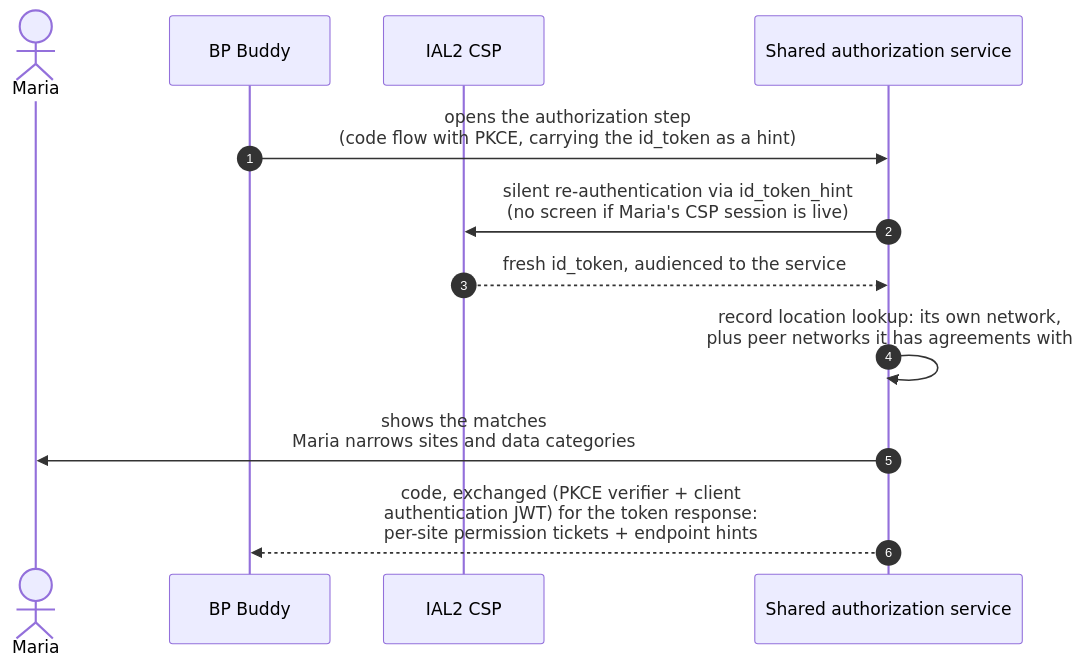
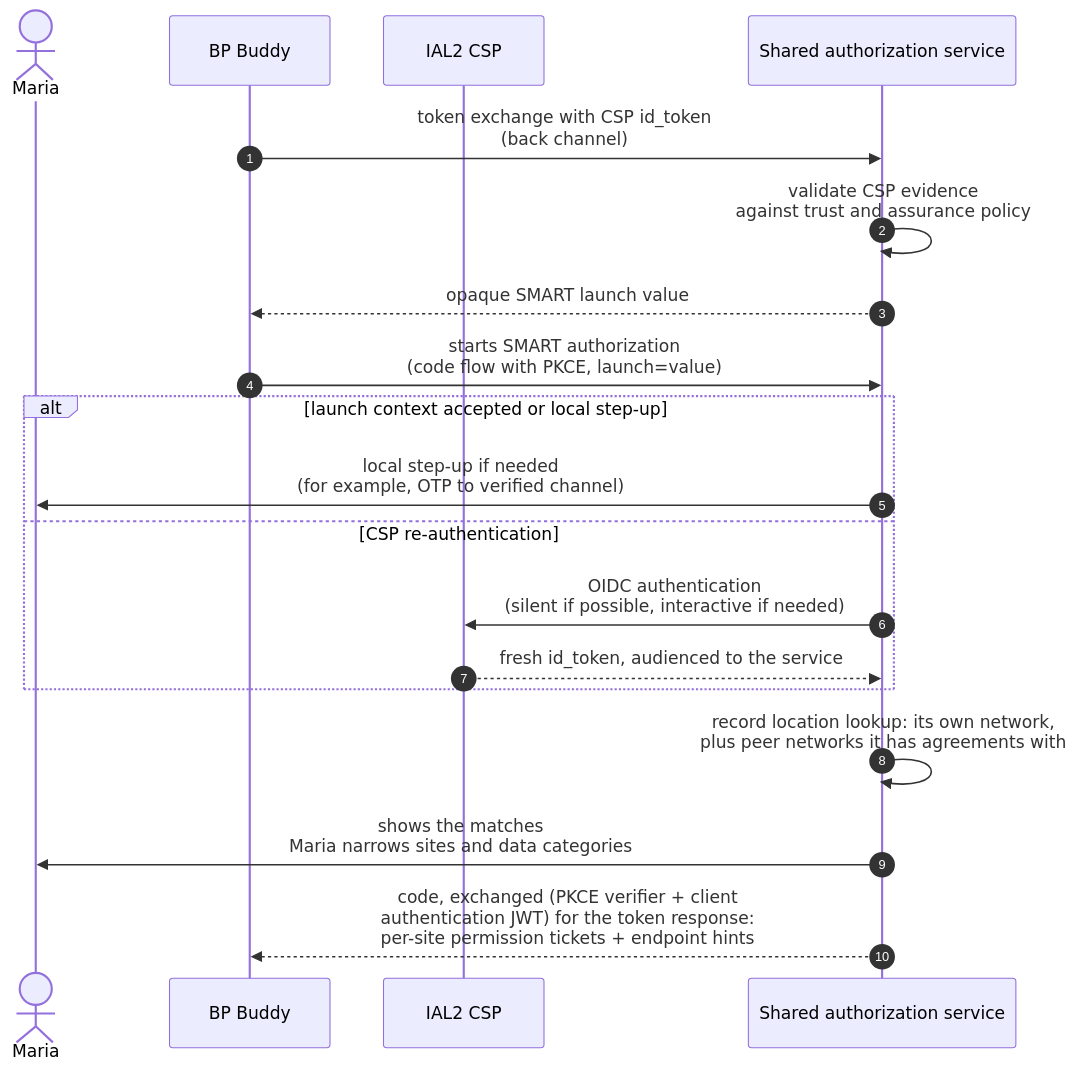
Before and after one commit to icanbwell/cms-ns: the sixth of 10 diagrams in authorizing-access.md, drawn with Mermaid. The commit also changed other lines of this file and 18 other files, not shown here.

Commit message:
Add external identity launch step-up flow

````diff
--- a/authorizing-access.md
+++ b/authorizing-access.md
@@ -170,15 +172,22 @@
 ```mermaid
 sequenceDiagram
     autonumber
     actor Maria
     participant App as BP Buddy
     participant CSP as IAL2 CSP
     participant SAS as Shared authorization service
 
-    App->>SAS: opens the authorization step<br/>(code flow with PKCE, carrying the id_token as a hint)
-    SAS->>CSP: silent re-authentication via id_token_hint<br/>(no screen if Maria's CSP session is live)
-    CSP-->>SAS: fresh id_token, audienced to the service
+    App->>SAS: token exchange with CSP id_token<br/>(back channel)
+    SAS->>SAS: validate CSP evidence<br/>against trust and assurance policy
+    SAS-->>App: opaque SMART launch value
+    App->>SAS: starts SMART authorization<br/>(code flow with PKCE, launch=value)
+    alt launch context accepted or local step-up
+        SAS->>Maria: local step-up if needed<br/>(for example, OTP to verified channel)
+    else CSP re-authentication
+        SAS->>CSP: OIDC authentication<br/>(silent if possible, interactive if needed)
+        CSP-->>SAS: fresh id_token, audienced to the service
+    end
     SAS->>SAS: record location lookup: its own network,<br/>plus peer networks it has agreements with
     SAS->>Maria: shows the matches<br/>Maria narrows sites and data categories
     SAS-->>App: code, exchanged (PKCE verifier + client<br/>authentication JWT) for the token response:<br/>per-site permission tickets + endpoint hints
 ```
````
